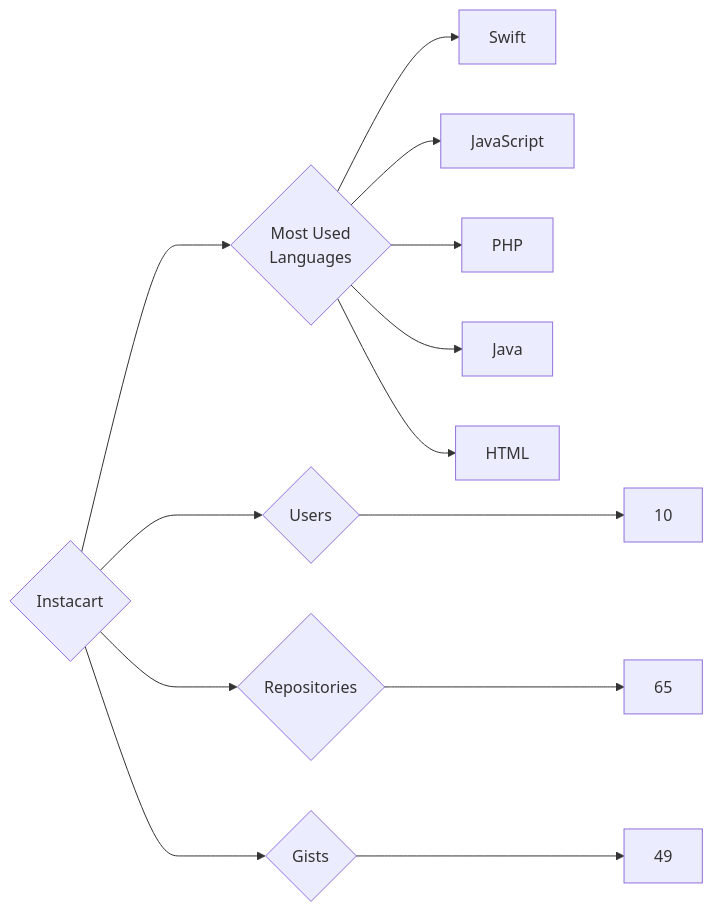
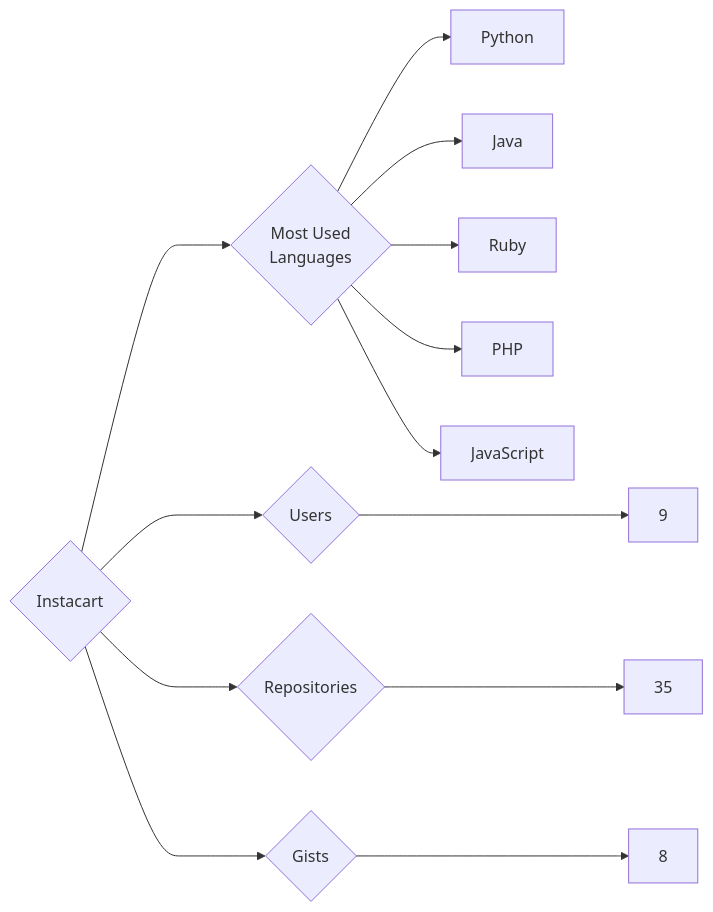
One commit to trickest/insiders changed the diagram in targets/Instacart/README.md. Above: the diagram before and after it, drawn with Mermaid. The commit also changed 1166 other files, not shown here.

````diff
--- a/targets/Instacart/README.md
+++ b/targets/Instacart/README.md
@@ -3,13 +3,13 @@
 ```mermaid
 graph LR
 COMPANY_NAME{Instacart}
-COMPANY_NAME ---> U{Users} ---> UN[10]
-COMPANY_NAME ---> R{Repositories} ---> RN[65]
-COMPANY_NAME ---> G{Gists} ---> GN[49]
+COMPANY_NAME ---> U{Users} ---> UN[9]
+COMPANY_NAME ---> R{Repositories} ---> RN[35]
+COMPANY_NAME ---> G{Gists} ---> GN[8]
 COMPANY_NAME ---> ML{Most Used<br>Languages}
-ML --> Swift[Swift]
+ML --> Python[Python]
+ML --> Java[Java]
+ML --> Ruby[Ruby]
+ML --> PHP[PHP]
 ML --> JavaScript[JavaScript]
-ML --> PHP[PHP]
-ML --> Java[Java]
-ML --> HTML[HTML]
 ```
````
